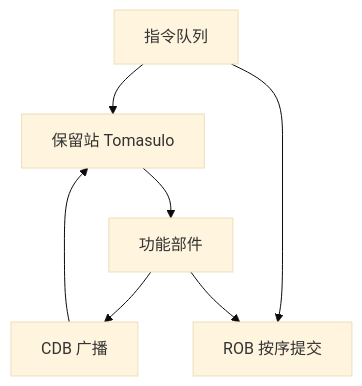
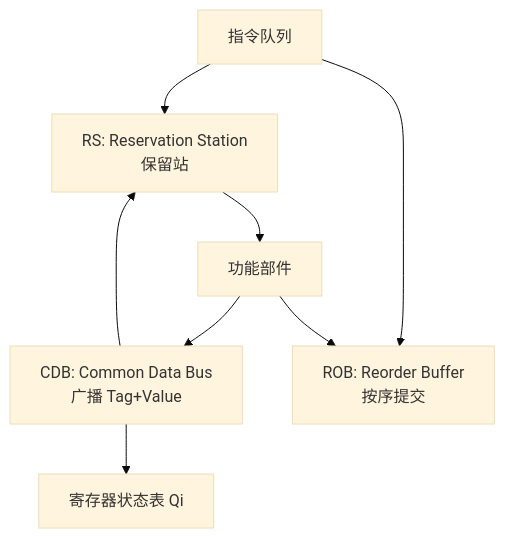
Before and after one commit to SummerS-tars/jizu-course-guides: the third of 3 diagrams in guides/计组-Week7-9-学习指南.md, drawn with Mermaid (base theme). The commit also changed other lines of this file and 6 other files, not shown here.

````diff
--- a/guides/计组-Week7-9-学习指南.md
+++ b/guides/计组-Week7-9-学习指南.md
@@ -163,9 +234,10 @@
 ```mermaid
 flowchart TD
-    IQ[指令队列] --> RS[保留站 Tomasulo]
+    IQ[指令队列] --> RS["RS: Reservation Station<br/>保留站"]
     RS --> FU[功能部件]
-    FU --> CDB[CDB 广播]
+    FU --> CDB["CDB: Common Data Bus<br/>广播 Tag+Value"]
     CDB --> RS
-    IQ --> ROB[ROB 按序提交]
+    CDB --> REG[寄存器状态表 Qi]
+    IQ --> ROB["ROB: Reorder Buffer<br/>按序提交"]
     FU --> ROB
 ```
````
